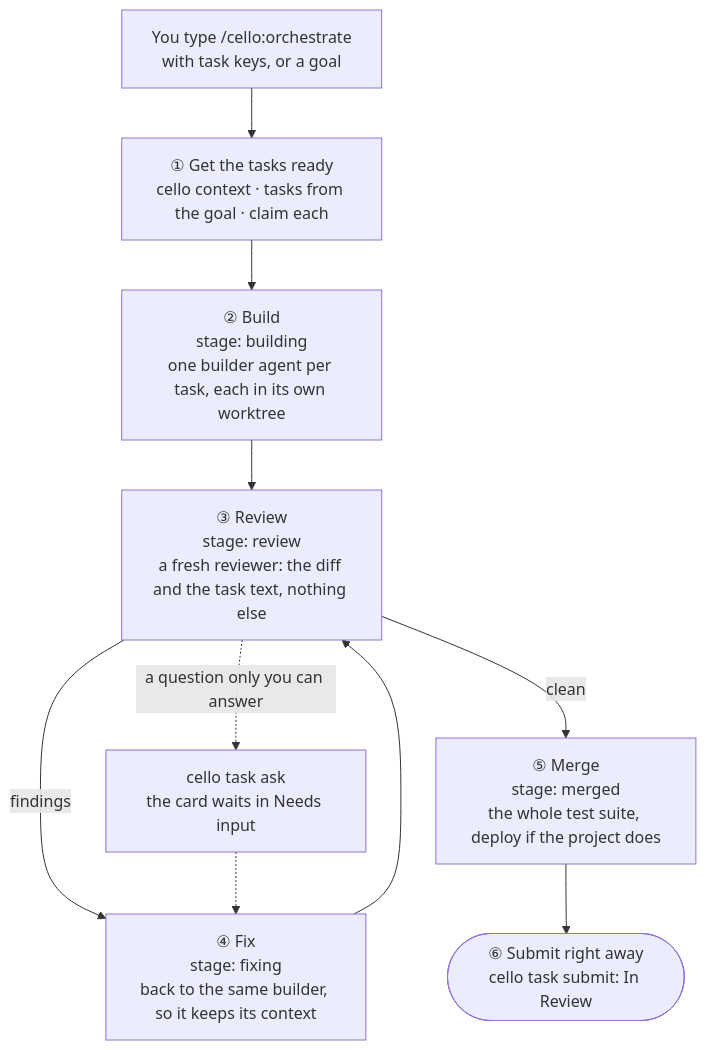
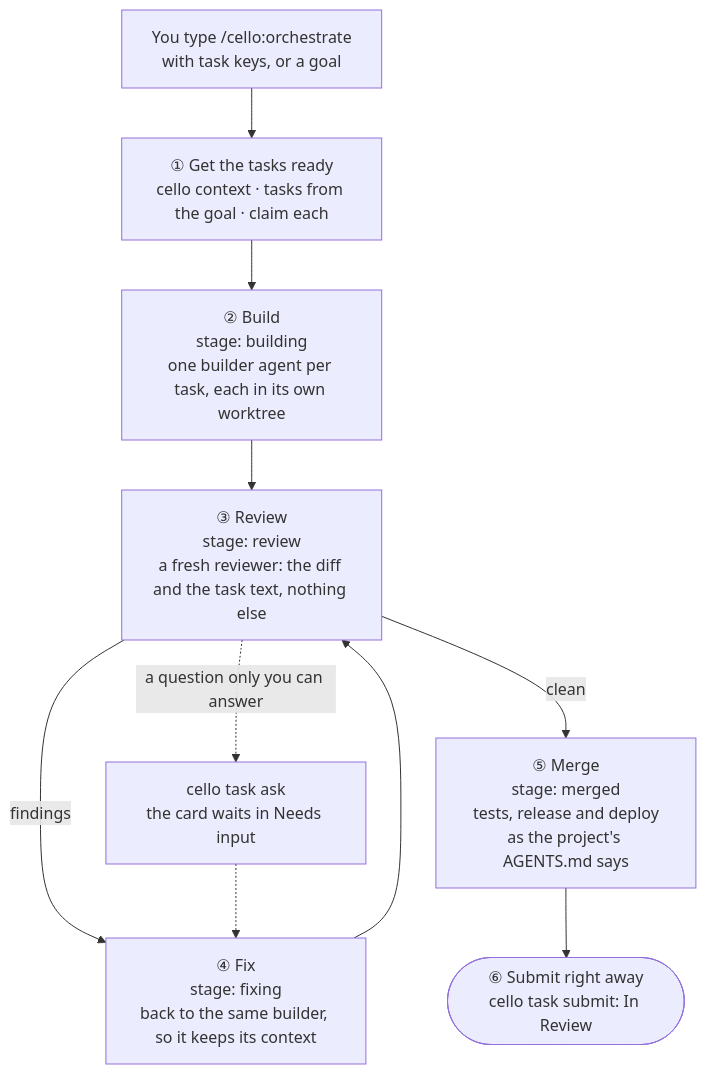
The first of 3 diagrams in docs/claude-plugin.md (lnmunhoz/cello), drawn with Mermaid before and after one commit. The commit also changed 8 other files, not shown here.

````diff
--- a/docs/claude-plugin.md
+++ b/docs/claude-plugin.md
@@ -24,12 +24,12 @@
 ```mermaid
 flowchart TD
     A["You type /cello:orchestrate<br/>with task keys, or a goal"] --> B["① Get the tasks ready<br/>cello context · tasks from the goal · claim each"]
     B --> C["② Build<br/>stage: building<br/>one builder agent per task, each in its own worktree"]
     C --> D["③ Review<br/>stage: review<br/>a fresh reviewer: the diff and the task text, nothing else"]
     D -->|findings| E["④ Fix<br/>stage: fixing<br/>back to the same builder, so it keeps its context"]
     E --> D
-    D -->|clean| F["⑤ Merge<br/>stage: merged<br/>the whole test suite, deploy if the project does"]
+    D -->|clean| F["⑤ Merge<br/>stage: merged<br/>tests, release and deploy<br/>as the project's AGENTS.md says"]
     F --> G(["⑥ Submit right away<br/>cello task submit: In Review"])
     D -.->|"a question only you can answer"| Q["cello task ask<br/>the card waits in Needs input"]
     Q -.-> E
 ```
````
